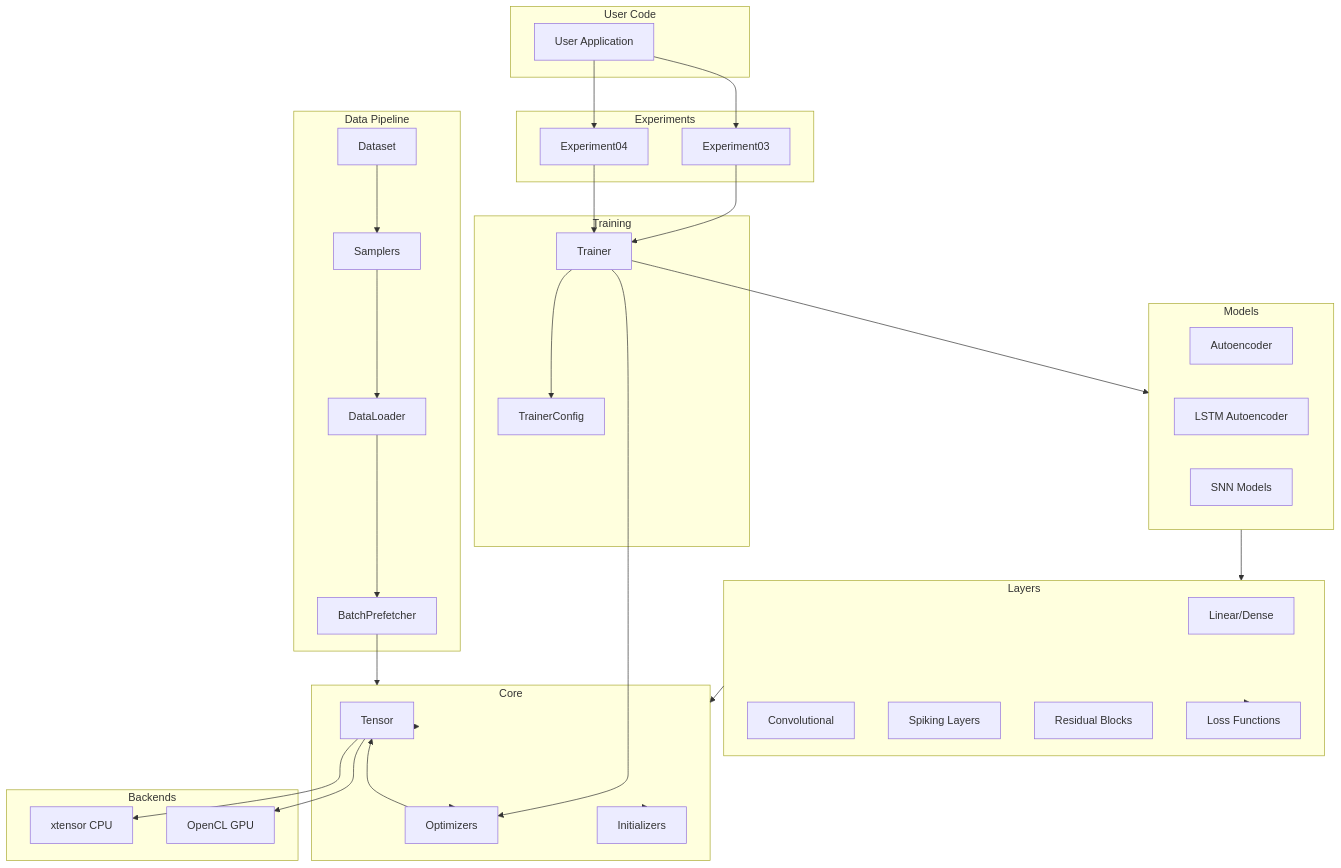
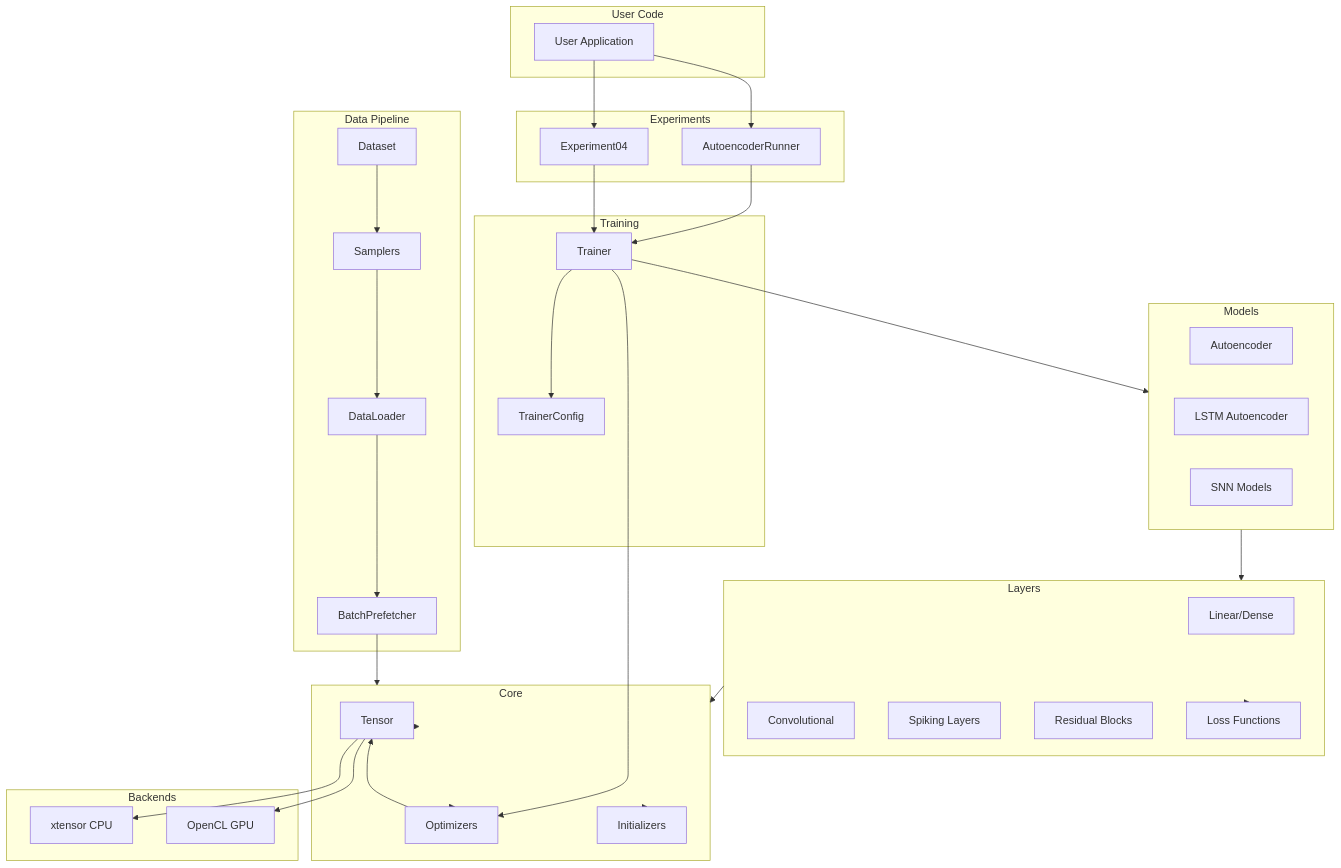
Before and after one commit to ensismoebius/doutorado: the first of 3 diagrams in software/nn/.wiki/Architecture.md, drawn with Mermaid. The commit also changed other lines of this file and 50 other files, not shown here.

First line of the commit message:
Refactor Experiment03 to AutoencoderRunner

````diff
--- a/software/nn/.wiki/Architecture.md
+++ b/software/nn/.wiki/Architecture.md
@@ -17,75 +17,75 @@
 ```mermaid
 flowchart TB
     subgraph "User Code"
         User[User Application]
     end
 
     subgraph "Experiments"
-        Exp03[Experiment03]
+        Exp03[AutoencoderRunner]
         Exp04[Experiment04]
     end
 
     subgraph "Training"
         Trainer[Trainer]
         Config[TrainerConfig]
     end
 
     subgraph "Models"
         AE[Autoencoder]
         LSTM[LSTM Autoencoder]
         SNN[SNN Models]
     end
 
     subgraph "Layers"
         Linear[Linear/Dense]
         Conv[Convolutional]
         Spiking[Spiking Layers]
         Residual[Residual Blocks]
         Loss[Loss Functions]
     end
 
     subgraph "Core"
         Tensor[Tensor]
         Optim[Optimizers]
         Init[Initializers]
     end
 
     subgraph "Data Pipeline"
         Dataset[Dataset]
         Sampler[Samplers]
         Loader[DataLoader]
         Prefetch[BatchPrefetcher]
     end
 
     subgraph "Backends"
         xtensor[xtensor CPU]
         OpenCL[OpenCL GPU]
     end
 
     User --> Exp03
     User --> Exp04
 
     Exp03 --> Trainer
     Exp04 --> Trainer
 
     Trainer --> Config
     Trainer --> Models
     Trainer --> Optim
 
     Models --> Layers
     Layers --> Core
     Layers --> Loss
 
     Core --> Tensor
     Core --> Optim
     Core --> Init
 
     Dataset --> Sampler
     Sampler --> Loader
     Loader --> Prefetch
     Prefetch --> Core
 
     Tensor --> xtensor
     Tensor --> OpenCL
     Optim --> Tensor
 ```
````
